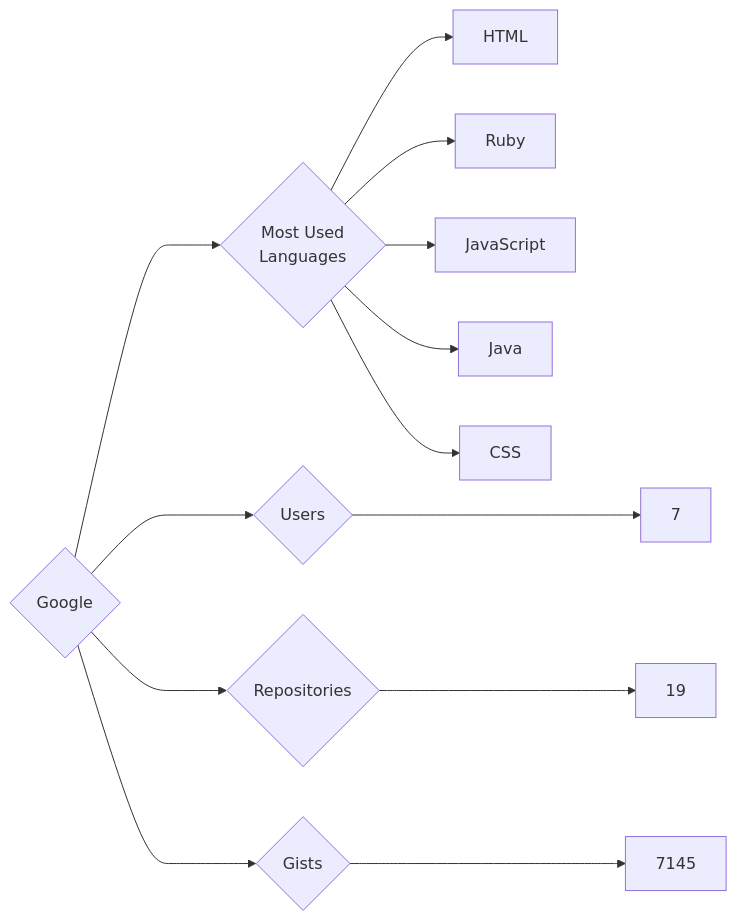
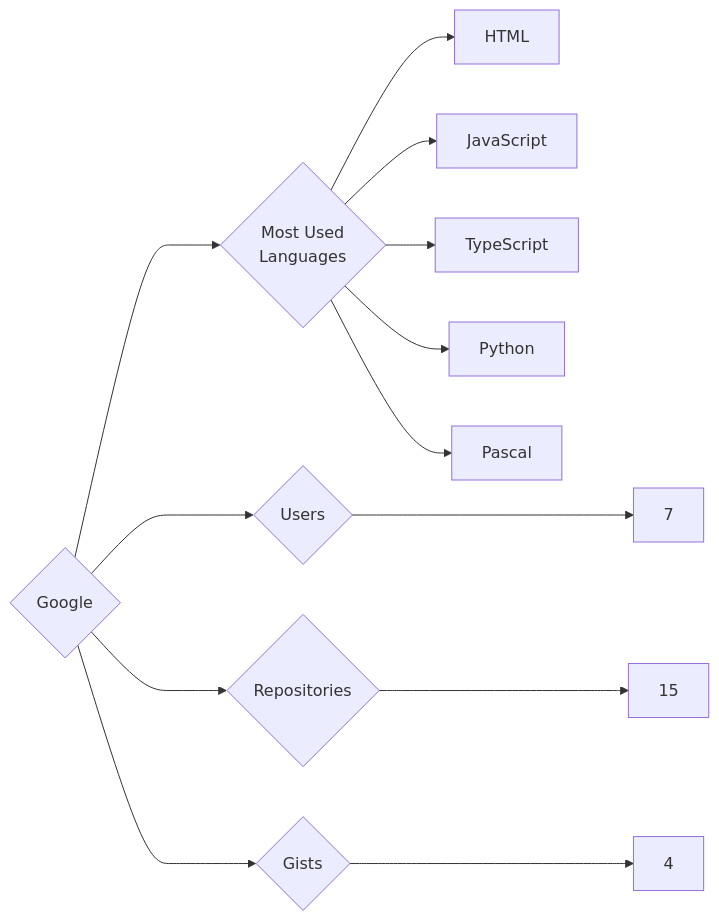
One commit to trickest/insiders changed the diagram in targets/Google/README.md. Above: the diagram before and after it, drawn with Mermaid. The commit also changed 997 other files, not shown here.

````diff
--- a/targets/Google/README.md
+++ b/targets/Google/README.md
@@ -3,13 +3,13 @@
 ```mermaid
 graph LR
 COMPANY_NAME{Google}
 COMPANY_NAME ---> U{Users} ---> UN[7]
-COMPANY_NAME ---> R{Repositories} ---> RN[19]
-COMPANY_NAME ---> G{Gists} ---> GN[7145]
+COMPANY_NAME ---> R{Repositories} ---> RN[15]
+COMPANY_NAME ---> G{Gists} ---> GN[4]
 COMPANY_NAME ---> ML{Most Used<br>Languages}
 ML --> HTML[HTML]
-ML --> Ruby[Ruby]
 ML --> JavaScript[JavaScript]
-ML --> Java[Java]
-ML --> CSS[CSS]
+ML --> TypeScript[TypeScript]
+ML --> Python[Python]
+ML --> Pascal[Pascal]
 ```
````
